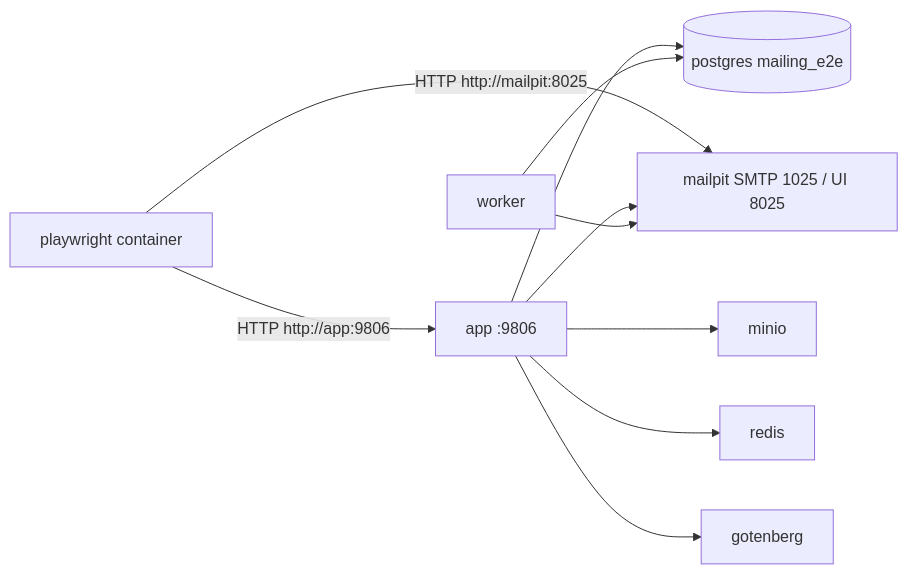
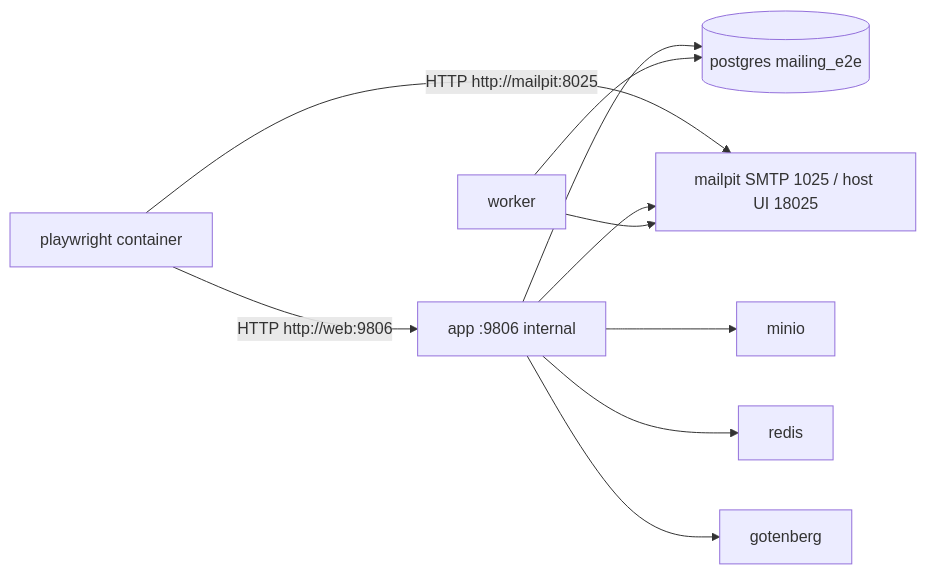
The diagram in docs/testing/PLAYWRIGHT_DOCKER.md (Parallel-Solutions/mailing-agent), drawn with Mermaid before and after one commit. The commit also changed other lines of this file and 57 other files, not shown here.

````diff
--- a/docs/testing/PLAYWRIGHT_DOCKER.md
+++ b/docs/testing/PLAYWRIGHT_DOCKER.md
@@ -5,21 +15,21 @@
 ```mermaid
 flowchart LR
   playwright[playwright container]
-  app[app :9806]
+  app[app :9806 internal]
   worker[worker]
   postgres[(postgres mailing_e2e)]
-  mailpit[mailpit SMTP 1025 / UI 8025]
+  mailpit[mailpit SMTP 1025 / host UI 18025]
   minio[minio]
   redis[redis]
   gotenberg[gotenberg]
 
-  playwright -->|HTTP http://app:9806| app
+  playwright -->|HTTP http://web:9806| app
   playwright -->|HTTP http://mailpit:8025| mailpit
   app --> postgres
   app --> mailpit
   app --> minio
   app --> redis
   app --> gotenberg
   worker --> postgres
   worker --> mailpit
 ```
````
